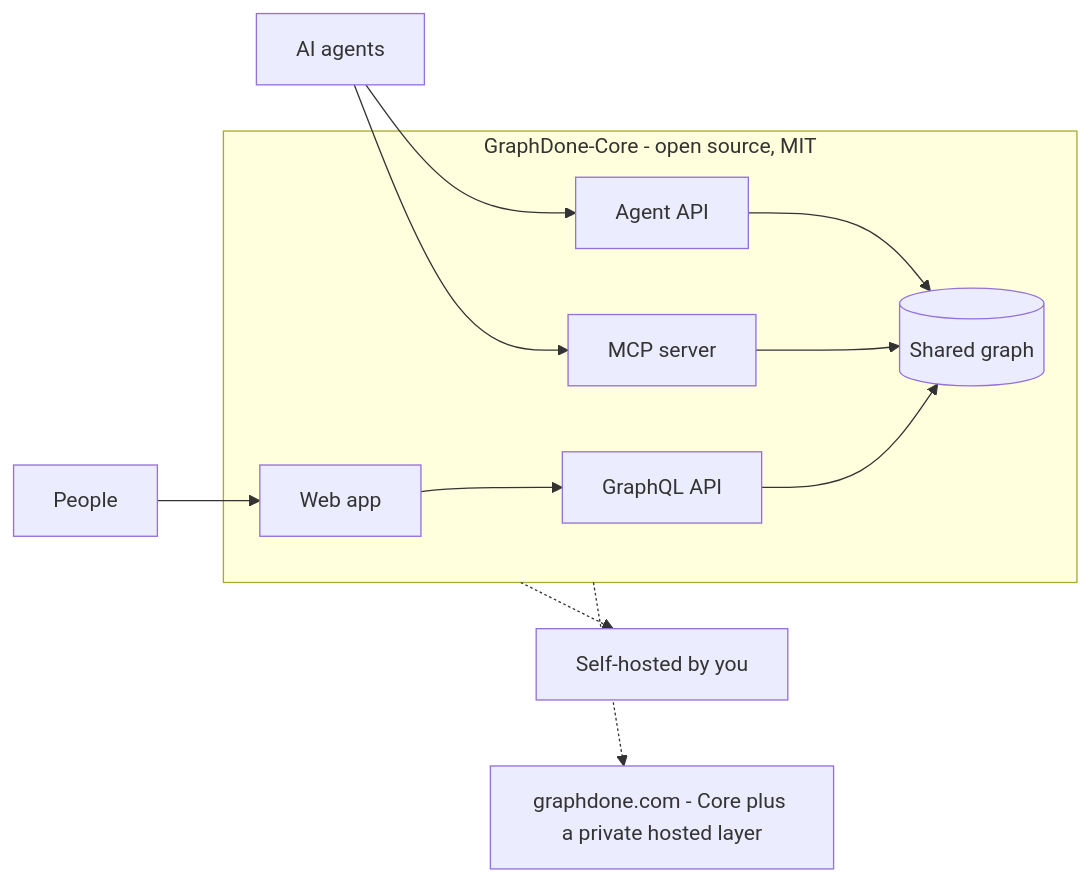
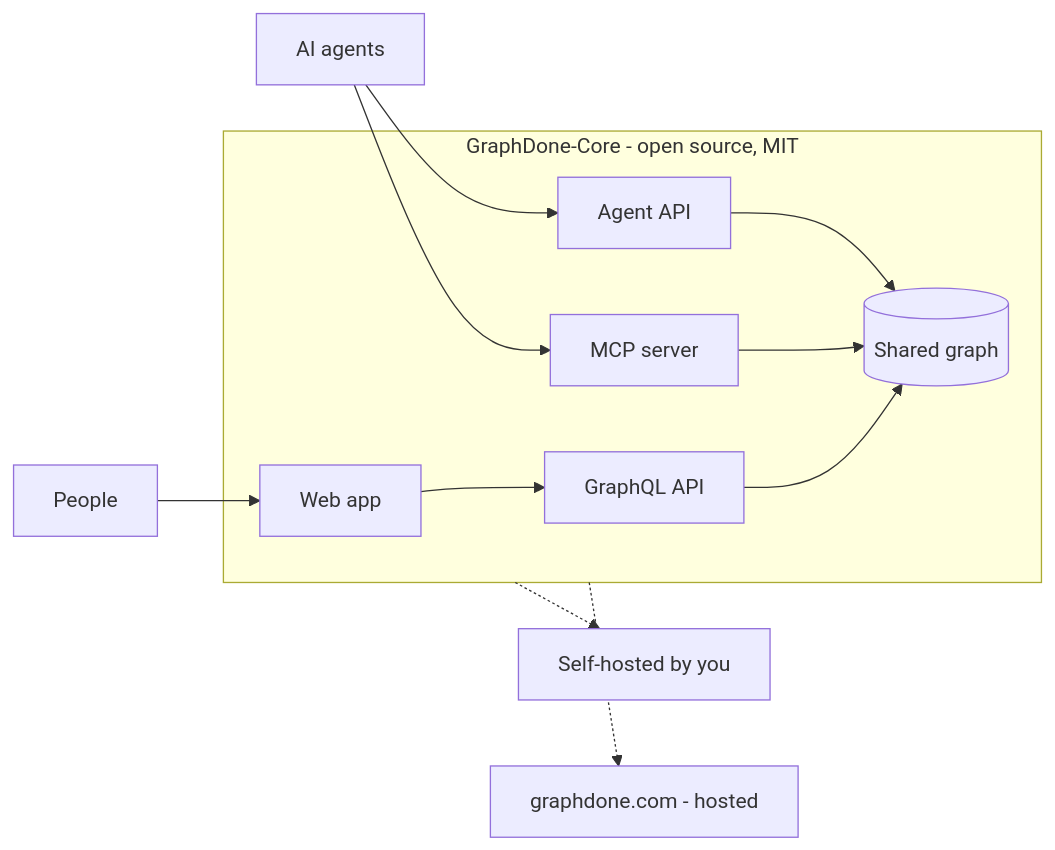
One commit to GraphDone/.github changed the diagram in profile/README.md. Above: the diagram before and after it, drawn with Mermaid.

Commit message:
Profile: shorter hosted node label

````diff
--- a/profile/README.md
+++ b/profile/README.md
@@ -15,14 +15,14 @@
 ```mermaid
 flowchart LR
     P[People] --> W[Web app]
     A[AI agents] --> M[MCP server]
     A --> AA[Agent API]
     subgraph C [GraphDone-Core - open source, MIT]
         W --> G[GraphQL API]
         G --> D[(Shared graph)]
         M --> D
         AA --> D
     end
     C -.-> S[Self-hosted by you]
-    C -.-> H[graphdone.com - Core plus a private hosted layer]
+    C -.-> H[graphdone.com - hosted]
 ```
````
